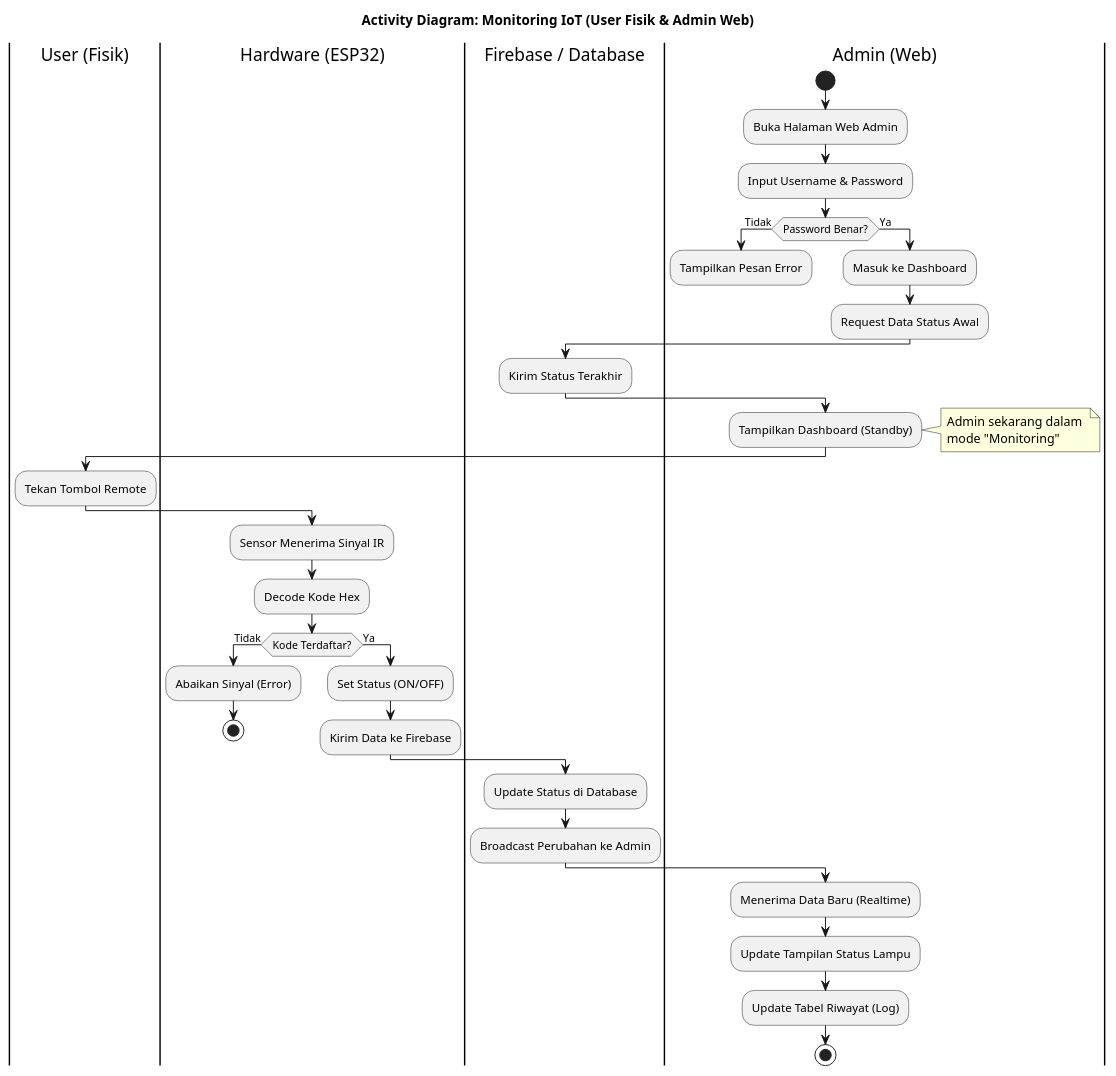
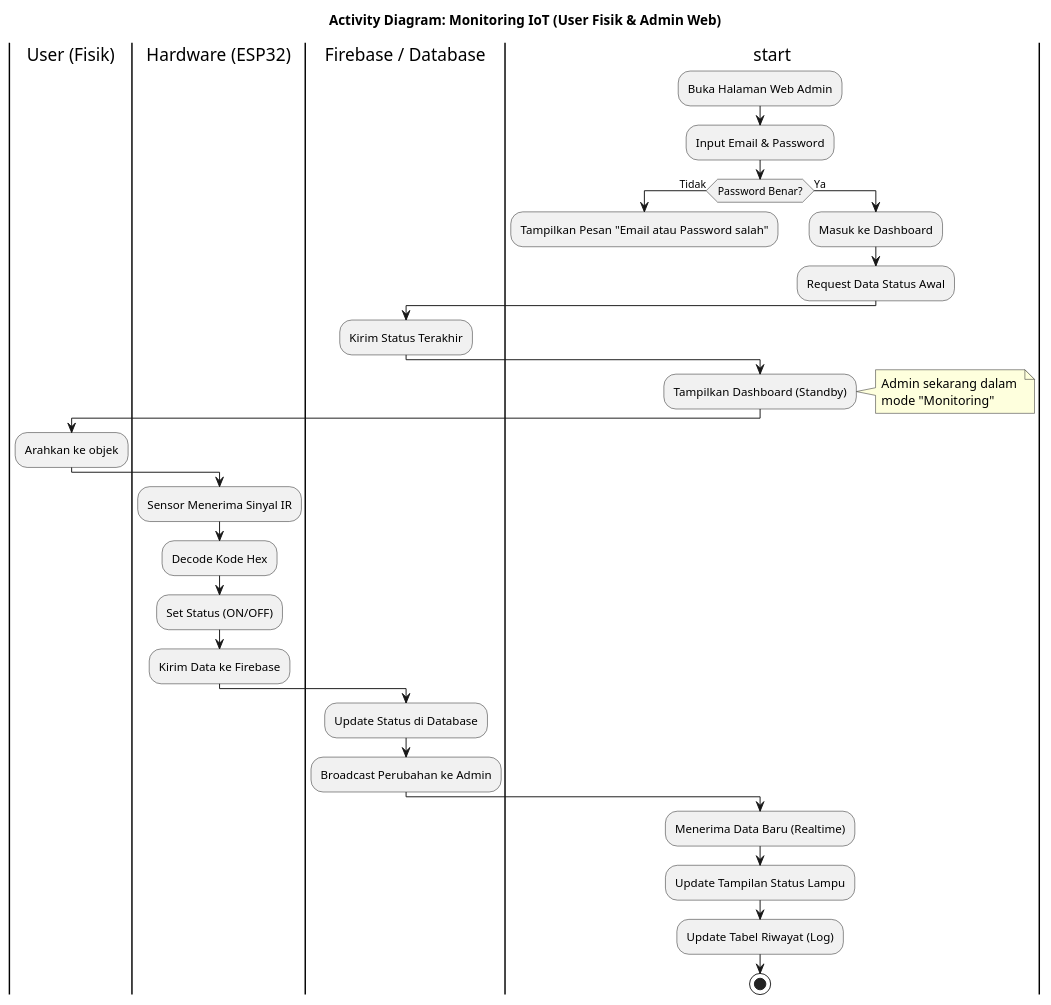
One commit to C-PPAW-TI503P-2025/PROJECT_Kelompok7_INFRARED changed the diagram in UML/ActivityDiagram.puml. Above: the diagram before and after it, drawn with PlantUML. The commit also changed 7 other files, not shown here.

Commit message:
Memperbaiki diagram UML agar lebih jelas dan akurat, termasuk memperbarui diagram alur, diagram kelas, dan ERD untuk mencerminkan perubahan input pengguna dan interaksi sistem.

```diff
--- a/UML/ActivityDiagram.puml
+++ b/UML/ActivityDiagram.puml
@@ -1,61 +1,56 @@
 @startuml
 title Activity Diagram: Monitoring IoT (User Fisik & Admin Web)
 
 ' --- SWIMLANES (AREA KERJA) ---
 |User (Fisik)|
 |Hardware (ESP32)|
 |Firebase / Database|
 |Admin (Web)|
 
 ' --- BAGIAN 1: ADMIN LOGIN (PERSIAPAN) ---
-|Admin (Web)|
+|Admin (Web)|\
 start
 :Buka Halaman Web Admin;
-:Input Username & Password;
+:Input Email & Password;
 
 if (Password Benar?) then (Tidak)
-    :Tampilkan Pesan Error;
+    :Tampilkan Pesan "Email atau Password salah";
     detach
 else (Ya)
     :Masuk ke Dashboard;
     :Request Data Status Awal;
 endif
 
 |Firebase / Database|
 :Kirim Status Terakhir;
 
 |Admin (Web)|
 :Tampilkan Dashboard (Standby);
 note right
   Admin sekarang dalam 
   mode "Monitoring"
 end note
 
 ' --- BAGIAN 2: USER BERAKSI (REMOTE) ---
 |User (Fisik)|
-:Tekan Tombol Remote;
+:Arahkan ke objek;
 
 |Hardware (ESP32)|
 :Sensor Menerima Sinyal IR;
 :Decode Kode Hex;
+:Set Status (ON/OFF);
+:Kirim Data ke Firebase;
 
-if (Kode Terdaftar?) then (Tidak)
-    :Abaikan Sinyal (Error);
-    stop
-else (Ya)
-    :Set Status (ON/OFF);
-    :Kirim Data ke Firebase;
-endif
 
 ' --- BAGIAN 3: SINKRONISASI (REALTIME) ---
 |Firebase / Database|
 :Update Status di Database;
 :Broadcast Perubahan ke Admin;
 
 |Admin (Web)|
 :Menerima Data Baru (Realtime);
 :Update Tampilan Status Lampu;
 :Update Tabel Riwayat (Log);
 
 stop
 @enduml
```
